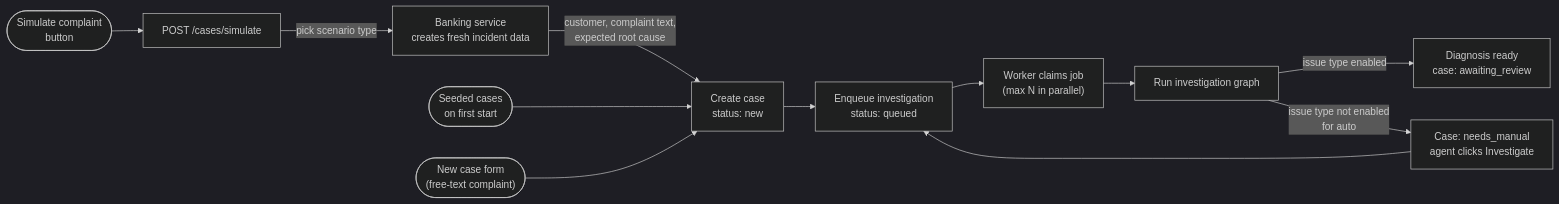
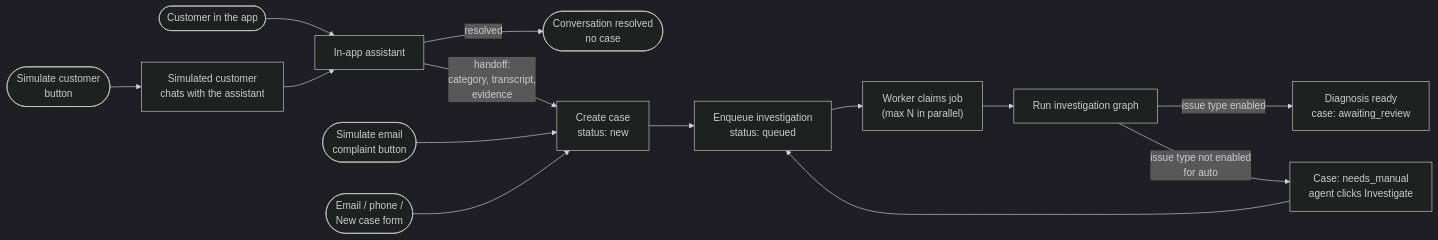
Before and after one commit to babicmilan999/claude-poc: the fourth of 12 diagrams in docs/architecture.md, drawn with Mermaid (dark theme). The commit also changed other lines of this file, not shown here.

First line of the commit message:
Add in-app customer assistant to architecture design

````diff
--- a/docs/architecture.md
+++ b/docs/architecture.md
@@ -133,15 +239,18 @@
 ```mermaid
 flowchart LR
-    sim_btn(["Simulate complaint<br/>button"]) --> sim_api["POST /cases/simulate"]
-    sim_api -->|"pick scenario type"| incident["Banking service<br/>creates fresh incident data"]
-    incident -->|"customer, complaint text,<br/>expected root cause"| create
-    seed(["Seeded cases<br/>on first start"]) --> create
-    form(["New case form<br/>(free-text complaint)"]) --> create
+    sim_chat(["Simulate customer<br/>button"]) --> persona["Simulated customer<br/>chats with the assistant"]
+    real_chat(["Customer in the app"]) --> assistant["In-app assistant"]
+    persona --> assistant
+    assistant -->|"resolved"| resolved_conv(["Conversation resolved<br/>no case"])
+    assistant -->|"handoff:<br/>category, transcript,<br/>evidence"| create
+
+    sim_mail(["Simulate email<br/>complaint button"]) --> create
+    other(["Email / phone /<br/>New case form"]) --> create
 
     create["Create case<br/>status: new"] --> enqueue["Enqueue investigation<br/>status: queued"]
     enqueue --> worker["Worker claims job<br/>(max N in parallel)"]
     worker --> run_graph["Run investigation graph"]
     run_graph -->|"issue type enabled"| ready["Diagnosis ready<br/>case: awaiting_review"]
     run_graph -->|"issue type not enabled<br/>for auto"| manual["Case: needs_manual<br/>agent clicks Investigate"]
     manual --> enqueue
 ```
````
